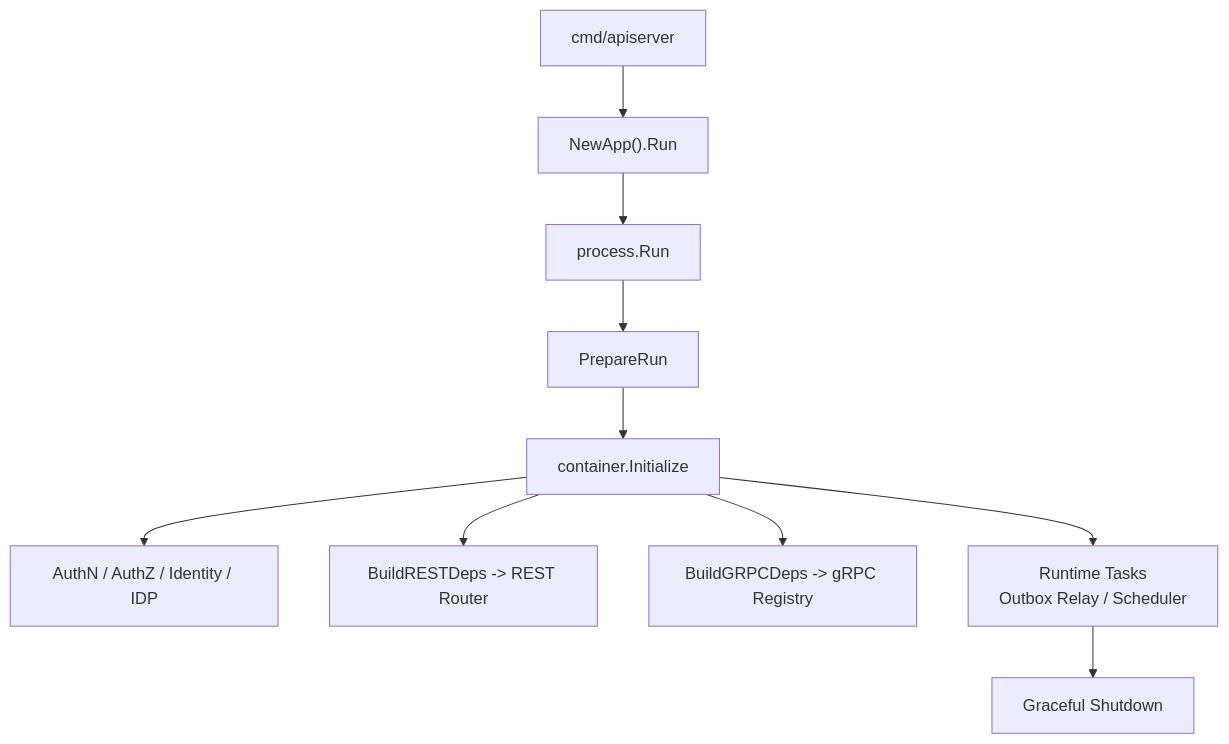
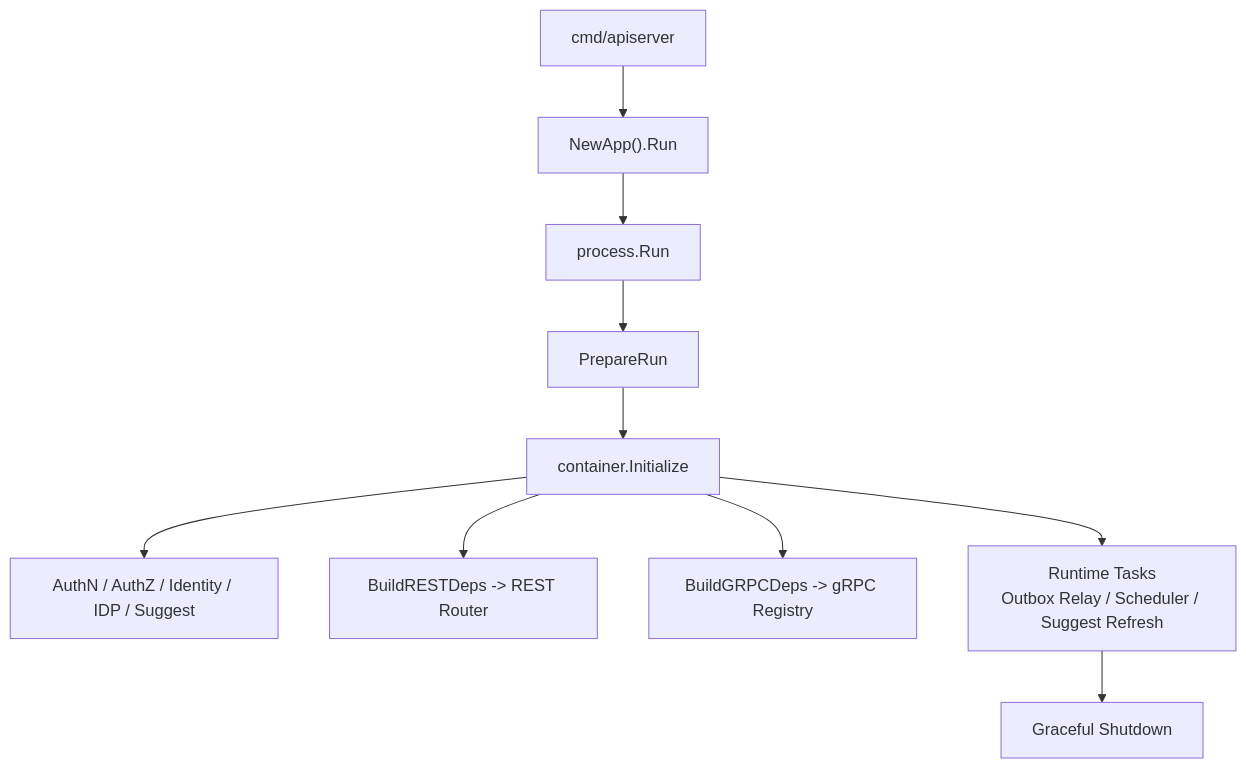
The second of 5 diagrams in docs/07-宣讲/02-系统架构讲法.md (FangcunMount/iam), drawn with Mermaid before and after one commit. The commit also changed other lines of this file and 16 other files, not shown here.

````diff
--- a/docs/07-宣讲/02-系统架构讲法.md
+++ b/docs/07-宣讲/02-系统架构讲法.md
@@ -237,19 +264,19 @@
 ```mermaid
 flowchart TD
     Main["cmd/apiserver"]
     App["NewApp().Run"]
     Process["process.Run"]
     Prepare["PrepareRun"]
     Container["container.Initialize"]
-    Modules["AuthN / AuthZ / Identity / IDP"]
+    Modules["AuthN / AuthZ / Identity / IDP / Suggest"]
     REST["BuildRESTDeps -> REST Router"]
     GRPC["BuildGRPCDeps -> gRPC Registry"]
-    Runtime["Runtime Tasks<br/>Outbox Relay / Scheduler"]
+    Runtime["Runtime Tasks<br/>Outbox Relay / Scheduler / Suggest Refresh"]
     Shutdown["Graceful Shutdown"]
 
     Main --> App --> Process --> Prepare --> Container --> Modules
     Container --> REST
     Container --> GRPC
     Container --> Runtime
     Runtime --> Shutdown
 ```
````
